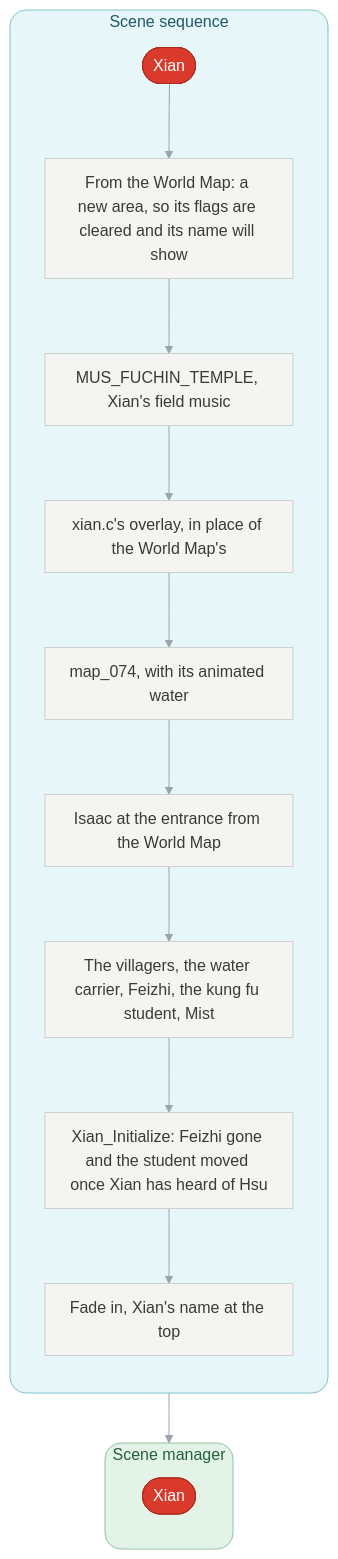
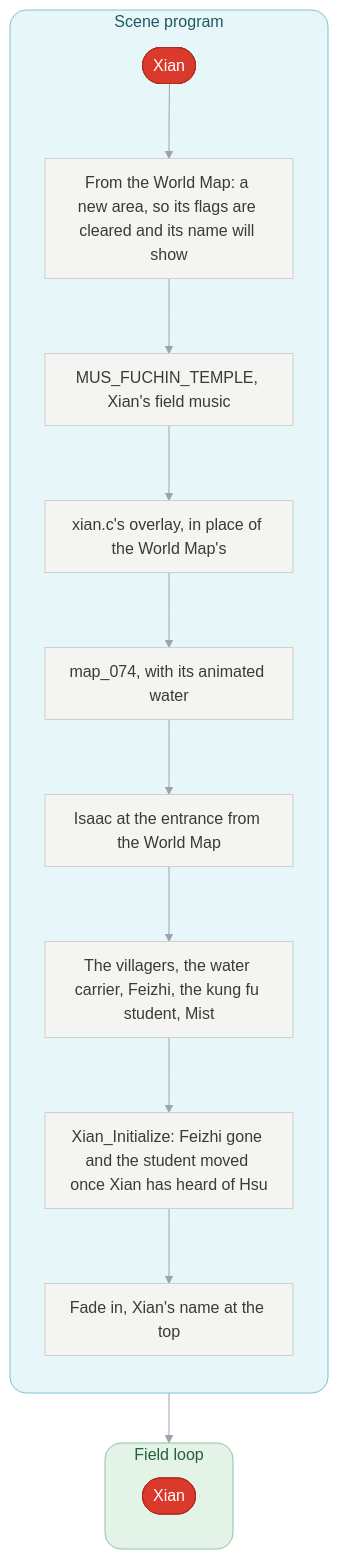
One commit to PascalPixel/alchemy changed the sixth of 9 diagrams in games/tbs/README.md. Above: the diagram before and after it, drawn with Mermaid. The commit also changed other lines of this file and 31 other files, not shown here.

First line of the commit message:
☀️ Monitor, programs, field loop and persistent state in the words too

````diff
--- a/games/tbs/README.md
+++ b/games/tbs/README.md
@@ -277,28 +277,28 @@
 ```mermaid
 %%{init: {"theme": "base", "themeVariables": {"lineColor": "#9AA3AE", "edgeLabelBackground": "#FFFFFF"}, "flowchart": {"curve": "basis", "padding": 12}}}%%
 flowchart TD
-  subgraph seq ["Scene sequence"]
+  subgraph seq ["Scene program"]
     direction TB
     pick(["Xian"]) --> arrive["From the World Map: a new area, so its flags are cleared and its name will show"]
     arrive --> music["MUS_FUCHIN_TEMPLE, Xian's field music"] --> code["xian.c's overlay, in place of the World Map's"]
     code --> map["map_074, with its animated water"] --> place["Isaac at the entrance from the World Map"]
     place --> actors["The villagers, the water carrier, Feizhi, the kung fu student, Mist"]
     actors --> own["Xian_Initialize: Feizhi gone and the student moved once Xian has heard of Hsu"]
     own --> fade["Fade in, Xian's name at the top"]
   end
   fade --> mgr
-  subgraph mgr ["Scene manager"]
+  subgraph mgr ["Field loop"]
     run(["Xian"])
   end
-  classDef sequenceManager fill:#DDE3EC,stroke:#8FA0B8,color:#2E3C50
-  classDef sceneSequence fill:#D2EEF3,stroke:#7FC3D0,color:#1E5966
+  classDef monitor fill:#DDE3EC,stroke:#8FA0B8,color:#2E3C50
+  classDef sceneProgram fill:#D2EEF3,stroke:#7FC3D0,color:#1E5966
   classDef battle fill:#F6D5D2,stroke:#D9928B,color:#8A2A22
   classDef sceneManager fill:#D3EBD9,stroke:#8DC49E,color:#25603A
   classDef request fill:#FBE7C6,stroke:#E0B46A,color:#7A5212
   classDef place fill:#D93A2B,stroke:#B02A1D,color:#FFFFFF
   classDef step fill:#F4F4F2,stroke:#CFCFCB,color:#3A3A38
   class pick,run place
   class arrive,music,code,map,place,actors,own,fade step
   style seq fill:#E6F6F9,stroke:#7FC3D0,color:#1E5966,rx:16,ry:16
   style mgr fill:#E4F3E8,stroke:#8DC49E,color:#25603A,rx:16,ry:16
 ```
````
